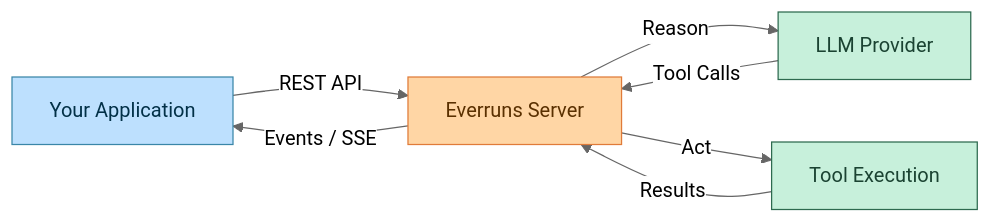
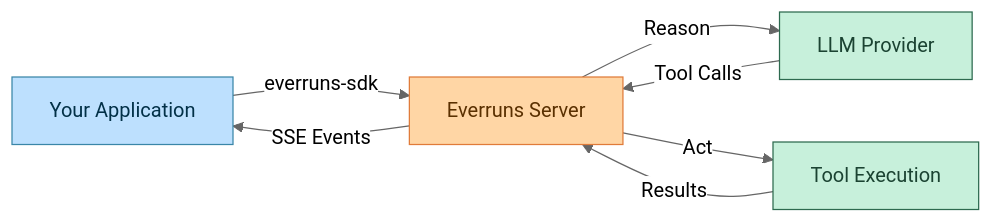
Before and after one commit to everruns/everruns: the first of 5 diagrams in docs/tutorials/building-agents-using-sdk/index.md, drawn with Mermaid (neutral theme). The commit also changed other lines of this file, not shown here.

First line of the commit message:
docs: rewrite SDK tutorial to use everruns-sdk Python package

````diff
--- a/docs/tutorials/building-agents-using-sdk/index.md
+++ b/docs/tutorials/building-agents-using-sdk/index.md
@@ -16,17 +16,17 @@
 ```mermaid
 graph LR
-    App[Your Application] -->|REST API| Server[Everruns Server]
+    App[Your Application] -->|everruns-sdk| Server[Everruns Server]
     Server -->|Reason| LLM[LLM Provider]
     LLM -->|Tool Calls| Server
     Server -->|Act| Tools[Tool Execution]
     Tools -->|Results| Server
-    Server -->|Events / SSE| App
+    Server -->|SSE Events| App
 
     classDef app fill:#bde0fe,stroke:#3a86a8,color:#023047
     classDef server fill:#ffd6a5,stroke:#e07b39,color:#5a3000
     classDef external fill:#c7f0db,stroke:#2d6a4f,color:#1b4332
 
     class App app
     class Server server
     class LLM,Tools external
 ```
````
